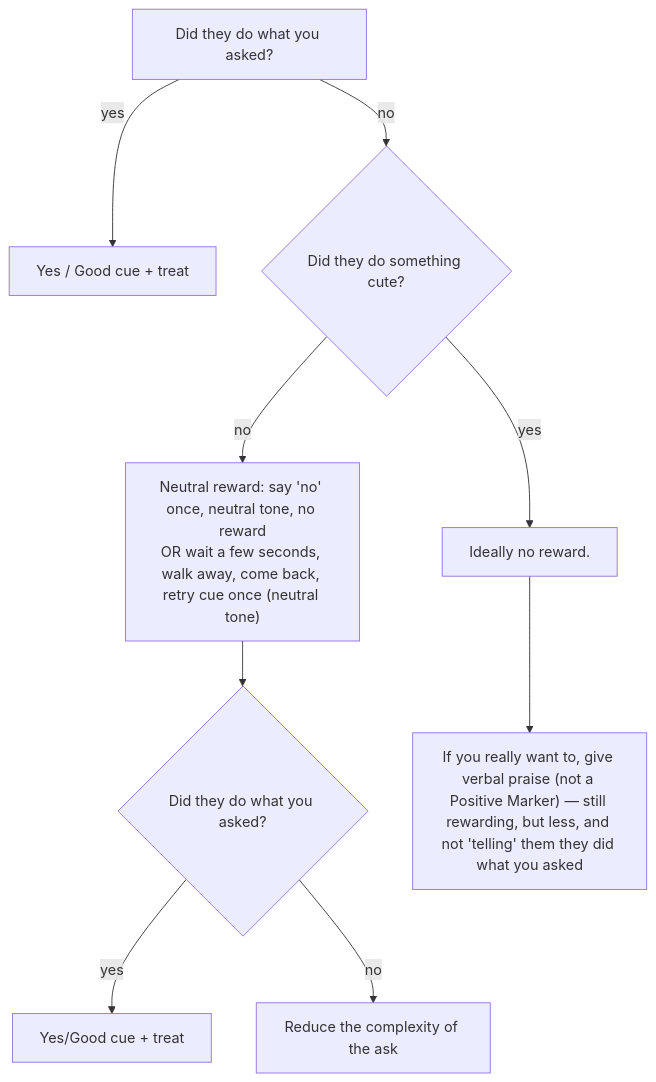
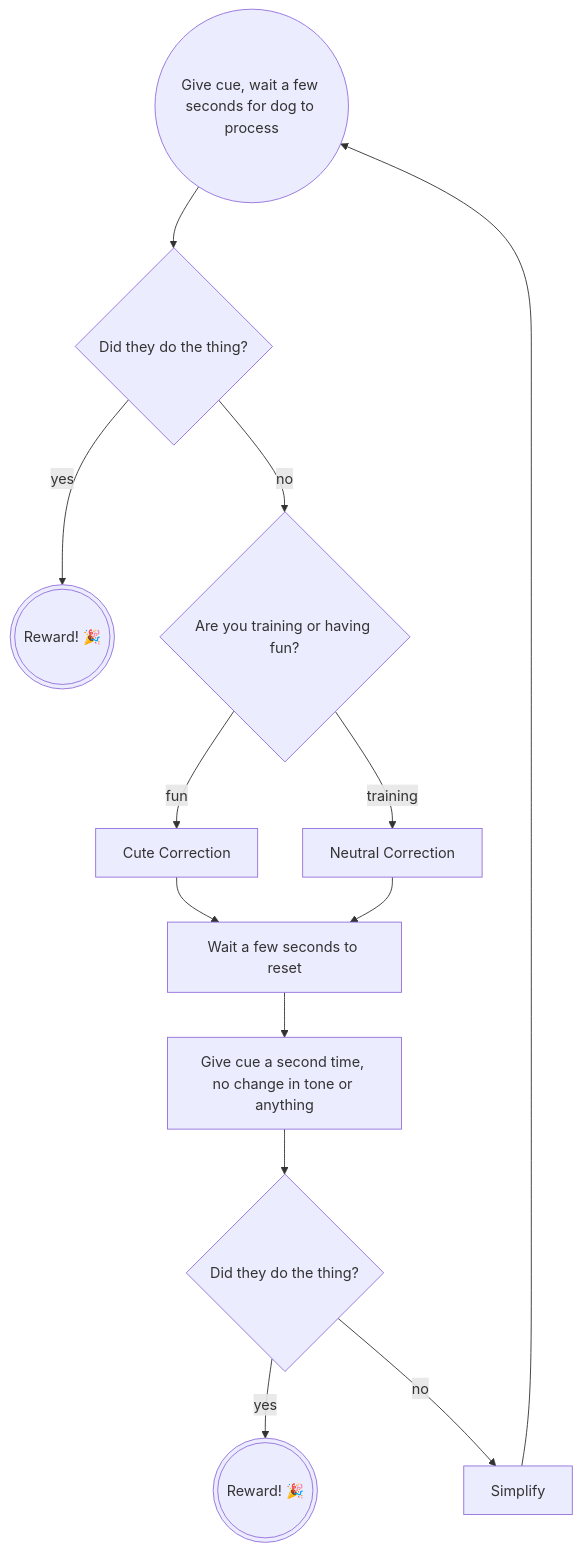
One commit to imdevan/training changed the diagram in src/content/docs/theory/trick-training.mdx. Above: the diagram before and after it, drawn with Mermaid. The commit also changed other lines of this file, not shown here.

Commit message:
update trick-training

````diff
--- a/src/content/docs/theory/trick-training.mdx
+++ b/src/content/docs/theory/trick-training.mdx
@@ -19,11 +19,15 @@
 ```mermaid reward-flow-chart
 flowchart TD
-    A[Did they do what you asked?] -->|yes| B["Yes / Good cue + treat"]
-    A -->|no| C{Did they do something cute?}
-    C -->|no| D["Neutral reward: say 'no' once, neutral tone, no reward<br/>OR wait a few seconds, walk away, come back, retry cue once (neutral tone)"]
-    D --> E{Did they do what you asked?}
-    E -->|yes| H["Yes/Good cue + treat"]
-    E -->|no| G[Reduce the complexity of the ask]
-    C -->|yes| I["Ideally no reward."]
-    I --> J["If you really want to, give verbal praise (not a Positive Marker) — still rewarding, but less, and not 'telling' them they did what you asked"]
+    A((Give cue, wait a few seconds for dog to process)) --> B{Did they do the thing?}
+    B -->|yes| By@{ shape: dbl-circ, label: "Reward! 🎉" }
+    B -->|no| C{Are you training or having fun?}
+    C -->|fun| Cn[Cute Correction]
+    C -->|training| Cy[Neutral Correction]
+    Cn --> D[Wait a few seconds to reset]
+    Cy --> D
+    D --> E[Give cue a second time, no change in tone or anything]
+    E --> F{Did they do the thing?}
+    F -->|yes| Fy@{ shape: dbl-circ, label: "Reward! 🎉" }
+    F -->|no| G[Simplify]
+    G --> A
 ```
````
